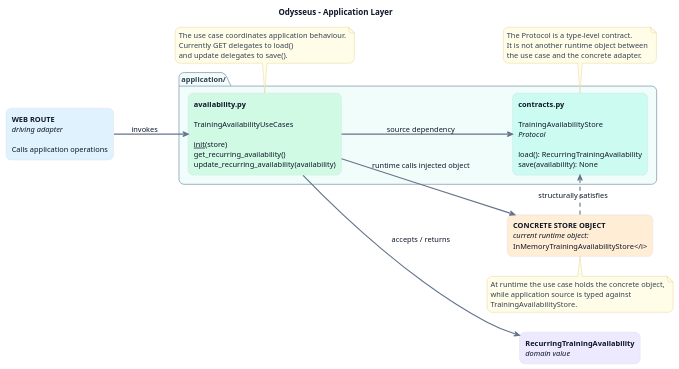
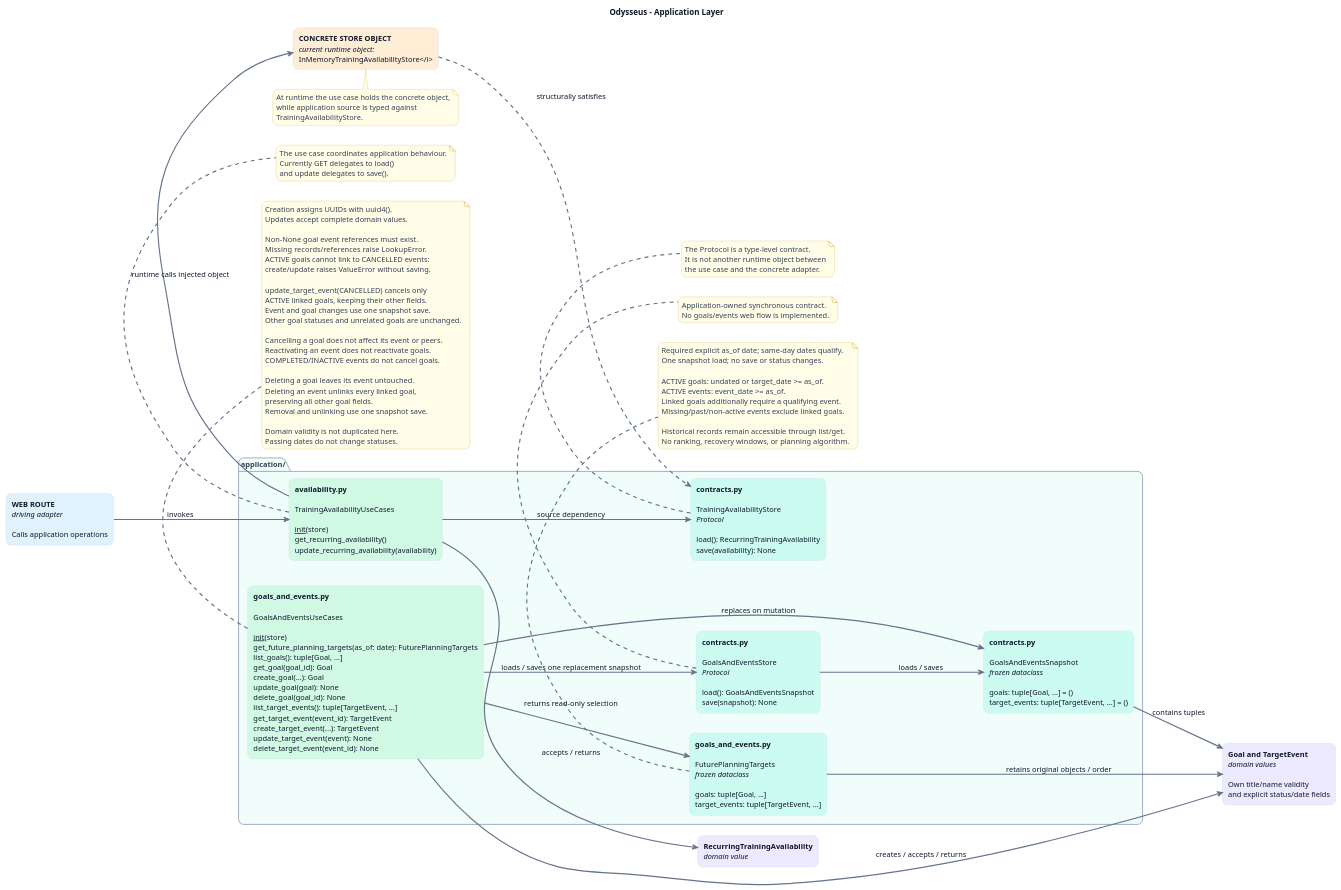
Before and after one commit to RedFrosty2/MC-portfolio: the diagram in apps/Odysseus/docs/architecture/diagrams/application-layer.puml, drawn with PlantUML. The commit also changed 28 other files, not shown here.

```diff
--- a/apps/Odysseus/docs/architecture/diagrams/application-layer.puml
+++ b/apps/Odysseus/docs/architecture/diagrams/application-layer.puml
@@ -1,69 +1,130 @@
 @startuml
 title Odysseus - Application Layer
 
 left to right direction
 hide empty description
 
 skinparam backgroundColor #FFFFFF
 skinparam shadowing false
 skinparam roundcorner 18
 skinparam ArrowColor #64748B
 skinparam ArrowThickness 2
 skinparam defaultFontName Arial
 skinparam defaultFontSize 13
 skinparam defaultFontColor #0F172A
 skinparam TitleFontColor #0F172A
 
 skinparam rectangle {
     BorderColor #CBD5E1
     FontColor #0F172A
 }
 
 skinparam package {
     BorderColor #94A3B8
     FontColor #334155
 }
 
 skinparam note {
     BackgroundColor #FFFDE7
     BorderColor #D6B656
     FontColor #334155
 }
 
 
 rectangle "<b>WEB ROUTE</b>\n<i>driving adapter</i>\n\nCalls application operations" as Web #E0F2FE
 
 package "application/" #F0FDFA {
     rectangle "<b>availability.py</b>\n\nTrainingAvailabilityUseCases\n\n__init__(store)\nget_recurring_availability()\nupdate_recurring_availability(availability)" as UseCases #D1FAE5
 
     rectangle "<b>contracts.py</b>\n\nTrainingAvailabilityStore\n<i>Protocol</i>\n\nload(): RecurringTrainingAvailability\nsave(availability): None" as Contract #CCFBF1
+
+    rectangle "<b>goals_and_events.py</b>\n\nGoalsAndEventsUseCases\n\n__init__(store)\nget_future_planning_targets(as_of: date): FuturePlanningTargets\nlist_goals(): tuple[Goal, ...]\nget_goal(goal_id): Goal\ncreate_goal(...): Goal\nupdate_goal(goal): None\ndelete_goal(goal_id): None\nlist_target_events(): tuple[TargetEvent, ...]\nget_target_event(event_id): TargetEvent\ncreate_target_event(...): TargetEvent\nupdate_target_event(event): None\ndelete_target_event(event_id): None" as GoalsUseCases #D1FAE5
+
+    rectangle "<b>goals_and_events.py</b>\n\nFuturePlanningTargets\n<i>frozen dataclass</i>\n\ngoals: tuple[Goal, ...]\ntarget_events: tuple[TargetEvent, ...]" as FutureTargets #CCFBF1
+
+    rectangle "<b>contracts.py</b>\n\nGoalsAndEventsStore\n<i>Protocol</i>\n\nload(): GoalsAndEventsSnapshot\nsave(snapshot): None" as GoalsContract #CCFBF1
+
+    rectangle "<b>contracts.py</b>\n\nGoalsAndEventsSnapshot\n<i>frozen dataclass</i>\n\ngoals: tuple[Goal, ...] = ()\ntarget_events: tuple[TargetEvent, ...] = ()" as Snapshot #CCFBF1
 }
 
 rectangle "<b>RecurringTrainingAvailability</b>\n<i>domain value</i>" as Domain #EDE9FE
 rectangle "<b>CONCRETE STORE OBJECT</b>\n<i>current runtime object:\nInMemoryTrainingAvailabilityStore</i>" as Adapter #FFEDD5
+rectangle "<b>Goal and TargetEvent</b>\n<i>domain values</i>\n\nOwn title/name validity\nand explicit status/date fields" as GoalsDomain #EDE9FE
 
 Web --> UseCases : invokes
 UseCases --> Contract : source dependency
 UseCases --> Domain : accepts / returns
 Adapter ..> Contract : structurally satisfies
 UseCases --> Adapter : runtime calls injected object
+GoalsUseCases --> GoalsContract : loads / saves one replacement snapshot
+GoalsContract --> Snapshot : loads / saves
+GoalsUseCases --> Snapshot : replaces on mutation
+GoalsUseCases --> GoalsDomain : creates / accepts / returns
+Snapshot --> GoalsDomain : contains tuples
+GoalsUseCases --> FutureTargets : returns read-only selection
+FutureTargets --> GoalsDomain : retains original objects / order
 
 note bottom of UseCases
 The use case coordinates application behaviour.
 Currently GET delegates to load()
 and update delegates to save().
 end note
 
 note bottom of Contract
 The Protocol is a type-level contract.
 It is not another runtime object between
 the use case and the concrete adapter.
 end note
 
 note bottom of Adapter
 At runtime the use case holds the concrete object,
 while application source is typed against
 TrainingAvailabilityStore.
 end note
 
+note bottom of GoalsUseCases
+Creation assigns UUIDs with uuid4().
+Updates accept complete domain values.
+
+Non-None goal event references must exist.
+Missing records/references raise LookupError.
+ACTIVE goals cannot link to CANCELLED events:
+create/update raises ValueError without saving.
+
+update_target_event(CANCELLED) cancels only
+ACTIVE linked goals, keeping their other fields.
+Event and goal changes use one snapshot save.
+Other goal statuses and unrelated goals are unchanged.
+
+Cancelling a goal does not affect its event or peers.
+Reactivating an event does not reactivate goals.
+COMPLETED/INACTIVE events do not cancel goals.
+
+Deleting a goal leaves its event untouched.
+Deleting an event unlinks every linked goal,
+preserving all other goal fields.
+Removal and unlinking use one snapshot save.
+
+Domain validity is not duplicated here.
+Passing dates do not change statuses.
+end note
+
+note bottom of GoalsContract
+Application-owned synchronous contract.
+No goals/events web flow is implemented.
+end note
+
+note bottom of FutureTargets
+Required explicit as_of date; same-day dates qualify.
+One snapshot load; no save or status changes.
+
+ACTIVE goals: undated or target_date >= as_of.
+ACTIVE events: event_date >= as_of.
+Linked goals additionally require a qualifying event.
+Missing/past/non-active events exclude linked goals.
+
+Historical records remain accessible through list/get.
+No ranking, recovery windows, or planning algorithm.
+end note
+
 @enduml
```
